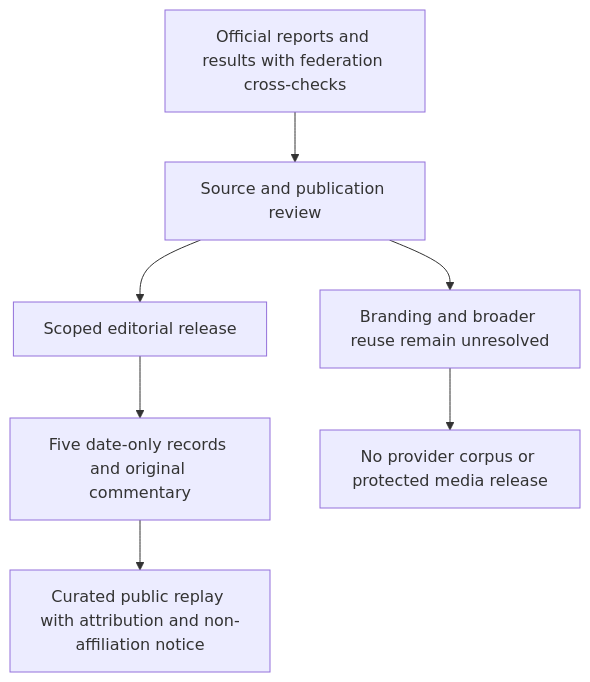
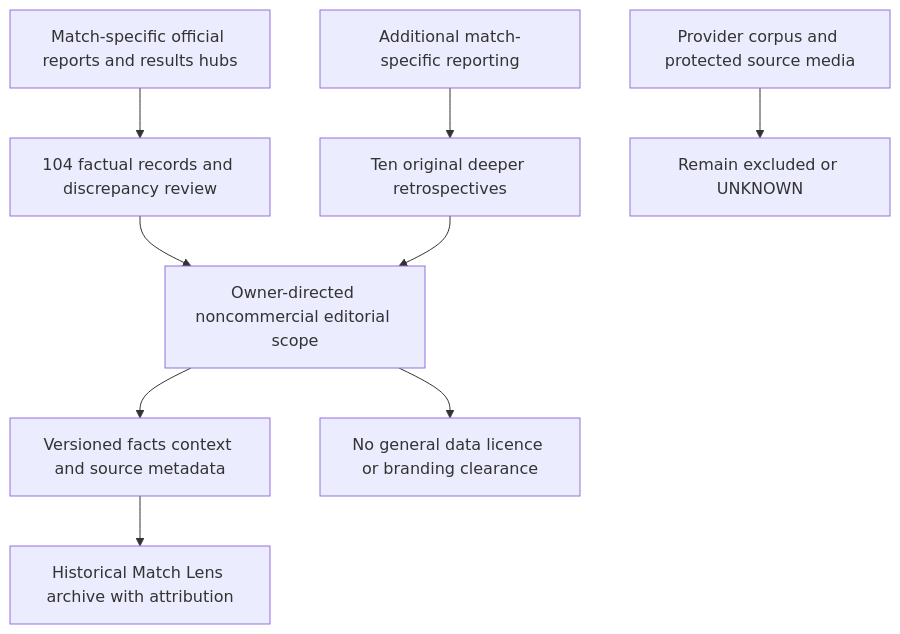
One commit to jeffreymutethia/world-cup-lens changed the diagram in docs/curated-history-review.md. Above: the diagram before and after it, drawn with Mermaid. The commit also changed other lines of this file and 56 other files, not shown here.

Commit message:
Complete the 104-match archive and retrospective Match Lens

````diff
--- a/docs/curated-history-review.md
+++ b/docs/curated-history-review.md
@@ -57,9 +74,11 @@
 ```mermaid
 flowchart TD
-  Sources[Official reports and results with federation cross-checks] --> Review[Source and publication review]
-  Review --> Decision[Scoped editorial release]
-  Decision --> Local[Five date-only records and original commentary]
-  Local --> UI[Curated public replay with attribution and non-affiliation notice]
-  Review --> Unknown[Branding and broader reuse remain unresolved]
-  Unknown --> Excluded[No provider corpus or protected media release]
+  Evidence[Match-specific official reports and results hubs] --> Verify[104 factual records and discrepancy review]
+  Reports[Additional match-specific reporting] --> Editorial[Ten original deeper retrospectives]
+  Verify --> Scope[Owner-directed noncommercial editorial scope]
+  Editorial --> Scope
+  Scope --> Local[Versioned facts context and source metadata]
+  Local --> UI[Historical Match Lens archive with attribution]
+  Scope --> Limits[No general data licence or branding clearance]
+  Provider[Provider corpus and protected source media] --> Excluded[Remain excluded or UNKNOWN]
 ```
````
